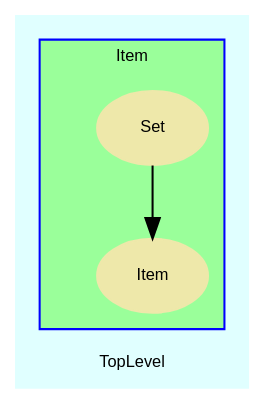
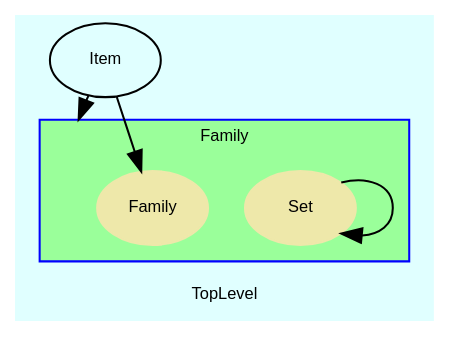
The diagram in doc/dot/f_2.dot (ddiez/seqminer), drawn with Graphviz before and after one commit. The commit also changed 125 other files, not shown here.

```diff
--- a/doc/dot/f_2.dot
+++ b/doc/dot/f_2.dot
@@ -1,51 +1,64 @@
 digraph TopLevel {
     label = "TopLevel"
     compound = true
     fontname = Arial
     fontsize = 8
     bgcolor = lightcyan1
     node [
         color = black,
         fontname = Arial,
         fontsize = 8
     ]
 
-    Item__Set -> Item__Item [
+    Family__Set -> Family__Set [
 
     ]
 
-    subgraph cluster_Item {
+    Item [
+        URL = "classes/Item.html",
         label = "Item"
+    ]
+
+    Item -> Family__Family [
+
+    ]
+
+    subgraph cluster_Family {
+        label = "Family"
         fillcolor = palegreen1
-        URL = "classes/Item.html"
+        URL = "classes/Family.html"
         color = blue
         fontname = Arial
         style = filled
-        Item [
+        Family [
             shape = plaintext,
             height = 0.01,
             width = 0.01,
             label = ""
         ]
 
-        Item__Set [
+        Family__Set [
             fontcolor = black,
             shape = ellipse,
-            URL = "classes/Item/Set.html",
+            URL = "classes/Family/Set.html",
             color = palegoldenrod,
             style = filled,
             label = "Set"
         ]
 
-        Item__Item [
+        Family__Family [
             fontcolor = black,
             shape = ellipse,
-            URL = "classes/Item/Item.html",
+            URL = "classes/Family/Family.html",
             color = palegoldenrod,
             style = filled,
-            label = "Item"
+            label = "Family"
         ]
 
     }
 
+    Item -> Family [
+        lhead = cluster_Family
+    ]
+
 }
```
